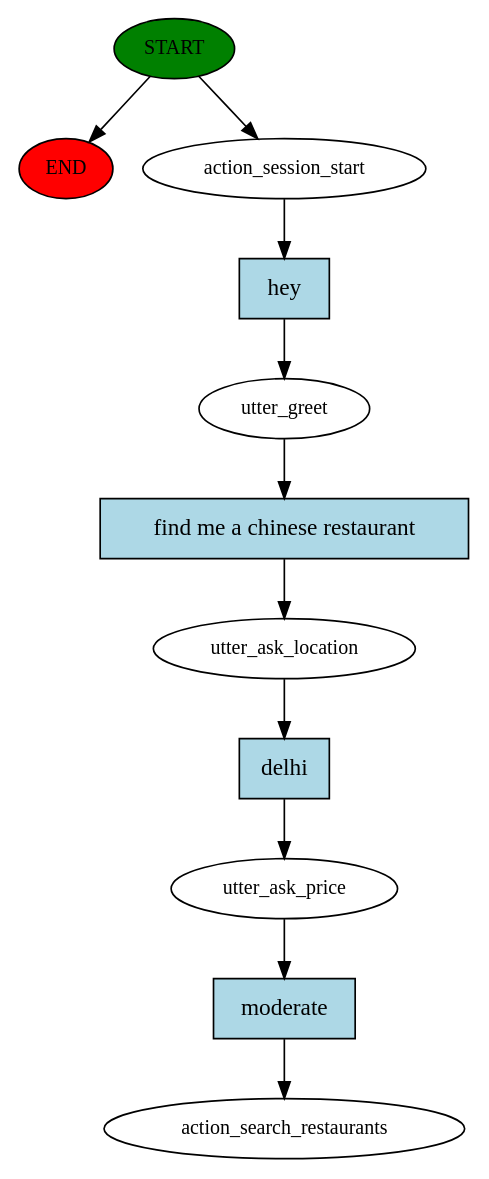
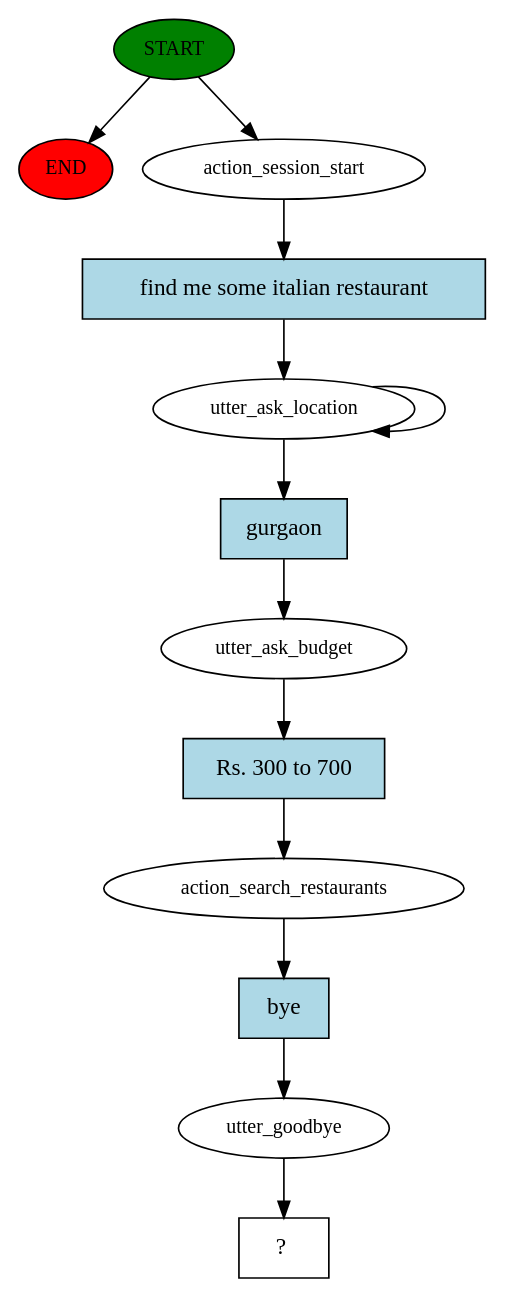
Before and after one commit to sumithub/Rasa_basic_folder: the diagram in story_graph.dot, drawn with Graphviz. The commit also changed 7 other files, not shown here.

```diff
--- a/story_graph.dot
+++ b/story_graph.dot
@@ -1,23 +1,26 @@
 digraph  {
 0 [class="start active", fillcolor=green, fontsize=12, label=START, style=filled];
 "-1" [class=end, fillcolor=red, fontsize=12, label=END, style=filled];
 1 [class=active, fontsize=12, label=action_session_start];
-2 [class=active, fontsize=12, label=utter_greet];
-3 [class=active, fontsize=12, label=utter_ask_location];
-4 [class=active, fontsize=12, label=utter_ask_price];
-5 [class="dashed active", fontsize=12, label=action_search_restaurants];
-6 [class="intent active", fillcolor=lightblue, label=hey, shape=rect, style=filled];
-7 [class="intent active", fillcolor=lightblue, label="find me a chinese restaurant", shape=rect, style=filled];
-8 [class="intent active", fillcolor=lightblue, label=delhi, shape=rect, style=filled];
-9 [class="intent active", fillcolor=lightblue, label=moderate, shape=rect, style=filled];
+2 [class=active, fontsize=12, label=utter_ask_location];
+4 [class=active, fontsize=12, label=utter_ask_budget];
+5 [class=active, fontsize=12, label=action_search_restaurants];
+6 [class=active, fontsize=12, label=utter_goodbye];
+7 [class="intent dashed active", label="  ?  ", shape=rect];
+8 [class="intent active", fillcolor=lightblue, label="find me some italian restaurant", shape=rect, style=filled];
+9 [class="intent active", fillcolor=lightblue, label=gurgaon, shape=rect, style=filled];
+10 [class="intent active", fillcolor=lightblue, label="Rs. 300 to 700", shape=rect, style=filled];
+11 [class="intent active", fillcolor=lightblue, label=bye, shape=rect, style=filled];
 0 -> "-1"  [class="", key=NONE, label=""];
 0 -> 1  [class=active, key=NONE, label=""];
-1 -> 6  [class=active, key=0];
-2 -> 7  [class=active, key=0];
-3 -> 8  [class=active, key=0];
-4 -> 9  [class=active, key=0];
-6 -> 2  [class=active, key=0];
-7 -> 3  [class=active, key=0];
-8 -> 4  [class=active, key=0];
-9 -> 5  [class=active, key=0];
+1 -> 8  [class=active, key=0];
+2 -> 2  [class=active, key=NONE, label=""];
+2 -> 9  [class=active, key=0];
+4 -> 10  [class=active, key=0];
+5 -> 11  [class=active, key=0];
+6 -> 7  [class=active, key=NONE, label=""];
+8 -> 2  [class=active, key=0];
+9 -> 4  [class=active, key=0];
+10 -> 5  [class=active, key=0];
+11 -> 6  [class=active, key=0];
 }
```
